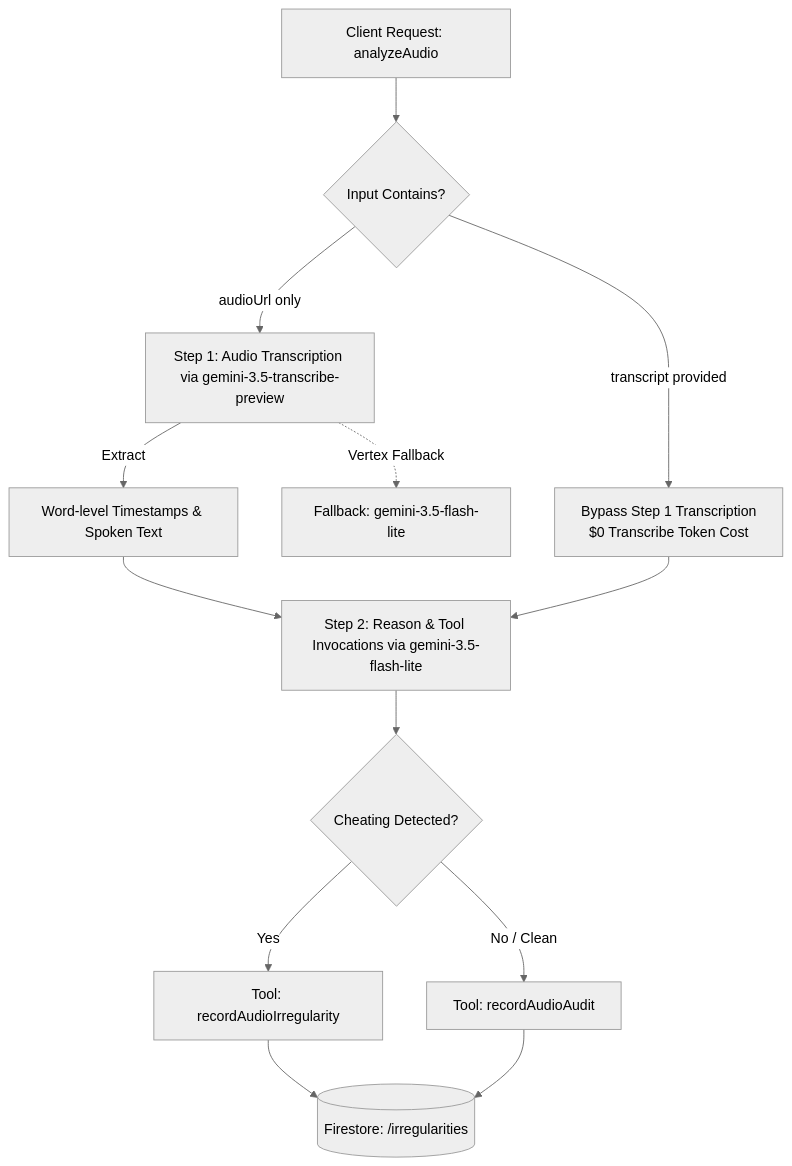
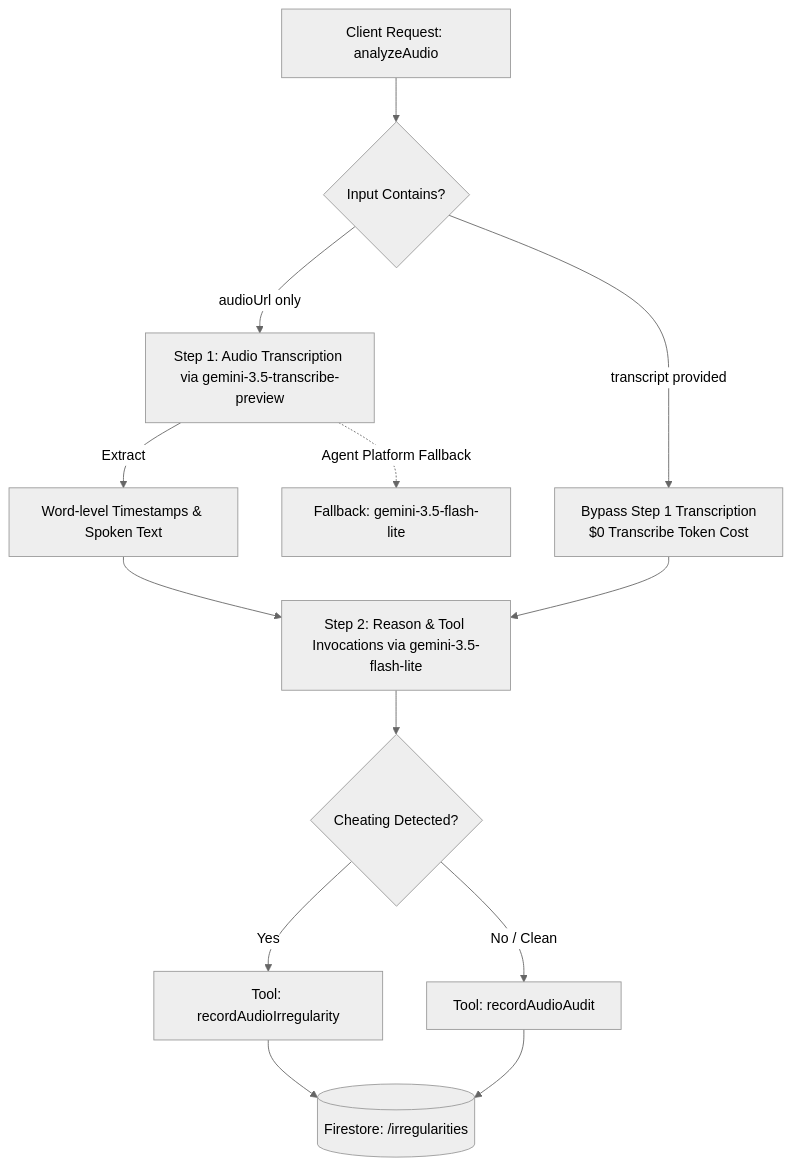
One commit to wongcyrus/Gemini-AI-Classroom-Assistant changed the seventh of 7 diagrams in docs/audio-invigilation-and-transcription.md. Above: the diagram before and after it, drawn with Mermaid (neutral theme). The commit also changed other lines of this file and 11 other files, not shown here.

Commit message:
docs: update Vertex AI references to Gemini Enterprise Agent Platform across docs and slides

````diff
--- a/docs/audio-invigilation-and-transcription.md
+++ b/docs/audio-invigilation-and-transcription.md
@@ -284,20 +284,20 @@
 ```mermaid
 flowchart TD
     Input[Client Request: analyzeAudio] --> CheckInput{Input Contains?}
     
     %% Path A: Full Audio Processing
     CheckInput -->|audioUrl only| Step1[Step 1: Audio Transcription via gemini-3.5-transcribe-preview]
     Step1 -->|Extract| WordChunks[Word-level Timestamps & Spoken Text]
-    Step1 -.->|Vertex Fallback| FallbackModel[Fallback: gemini-3.5-flash-lite]
+    Step1 -.->|Agent Platform Fallback| FallbackModel[Fallback: gemini-3.5-flash-lite]
     WordChunks --> Step2[Step 2: Reason & Tool Invocations via gemini-3.5-flash-lite]
     
     %% Path B: Direct Transcript Fast Path
     CheckInput -->|transcript provided| DirectPath[Bypass Step 1 Transcription\n$0 Transcribe Token Cost]
     DirectPath --> Step2
     
     Step2 --> Tools{Cheating Detected?}
     Tools -->|Yes| RecordIrregularity[Tool: recordAudioIrregularity]
     Tools -->|No / Clean| CleanAudit[Tool: recordAudioAudit]
     RecordIrregularity --> SaveAudit[(Firestore: /irregularities)]
     CleanAudit --> SaveAudit
 ```
````
